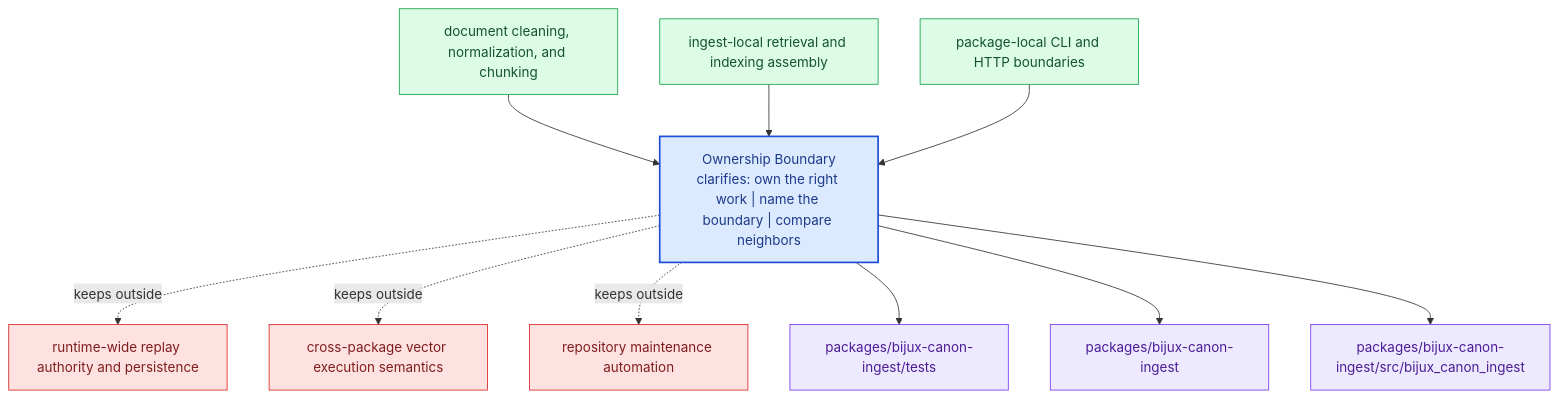
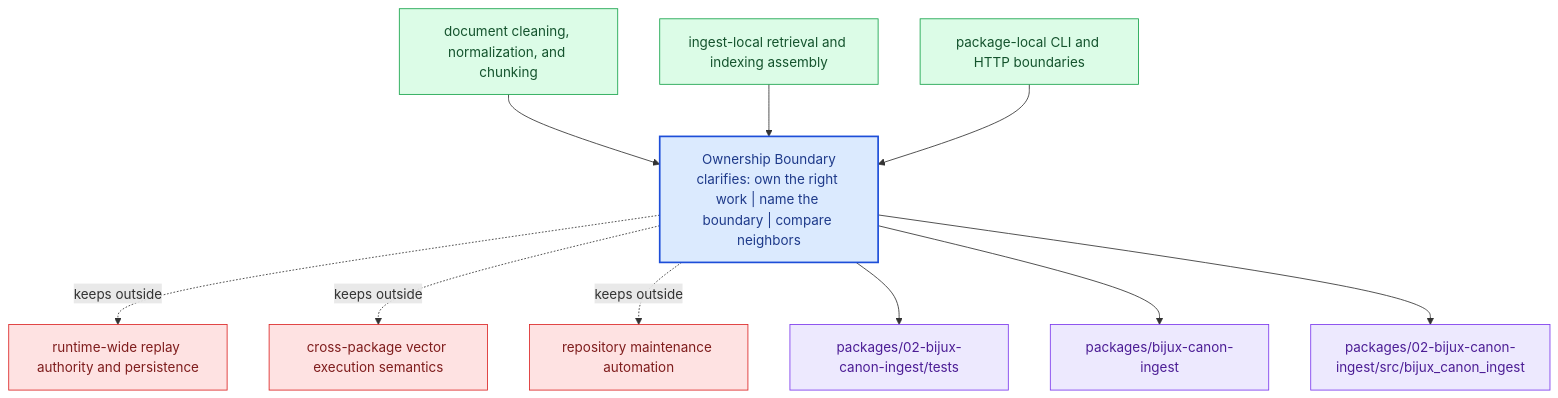
One commit to bijux/bijux-canon changed the diagram in docs/02-bijux-canon-ingest/foundation/ownership-boundary.md. Above: the diagram before and after it, drawn with Mermaid. The commit also changed other lines of this file and 167 other files, not shown here.

````diff
--- a/docs/02-bijux-canon-ingest/foundation/ownership-boundary.md
+++ b/docs/02-bijux-canon-ingest/foundation/ownership-boundary.md
@@ -23,31 +23,31 @@
 ```mermaid
 flowchart TB
     page["Ownership Boundary<br/>clarifies: own the right work | name the boundary | compare neighbors"]
     classDef page fill:#dbeafe,stroke:#1d4ed8,color:#1e3a8a,stroke-width:2px;
     classDef positive fill:#dcfce7,stroke:#16a34a,color:#14532d;
     classDef caution fill:#fee2e2,stroke:#dc2626,color:#7f1d1d;
     classDef anchor fill:#ede9fe,stroke:#7c3aed,color:#4c1d95;
     classDef action fill:#fef3c7,stroke:#d97706,color:#7c2d12;
     own1["document cleaning, normalization, and chunking"]
     own1 --> page
     own2["ingest-local retrieval and indexing assembly"]
     own2 --> page
     own3["package-local CLI and HTTP boundaries"]
     own3 --> page
     limit1["runtime-wide replay authority and persistence"]
     page -.keeps outside.-> limit1
     limit2["cross-package vector execution semantics"]
     page -.keeps outside.-> limit2
     limit3["repository maintenance automation"]
     page -.keeps outside.-> limit3
-    anchor1["packages/bijux-canon-ingest/tests"]
+    anchor1["packages/02-bijux-canon-ingest/tests"]
     page --> anchor1
     anchor2["packages/bijux-canon-ingest"]
     page --> anchor2
-    anchor3["packages/bijux-canon-ingest/src/bijux_canon_ingest"]
+    anchor3["packages/02-bijux-canon-ingest/src/bijux_canon_ingest"]
     page --> anchor3
     class page page;
     class own1,own2,own3 positive;
     class limit1,limit2,limit3 caution;
     class anchor1,anchor2,anchor3 anchor;
 ```
````
